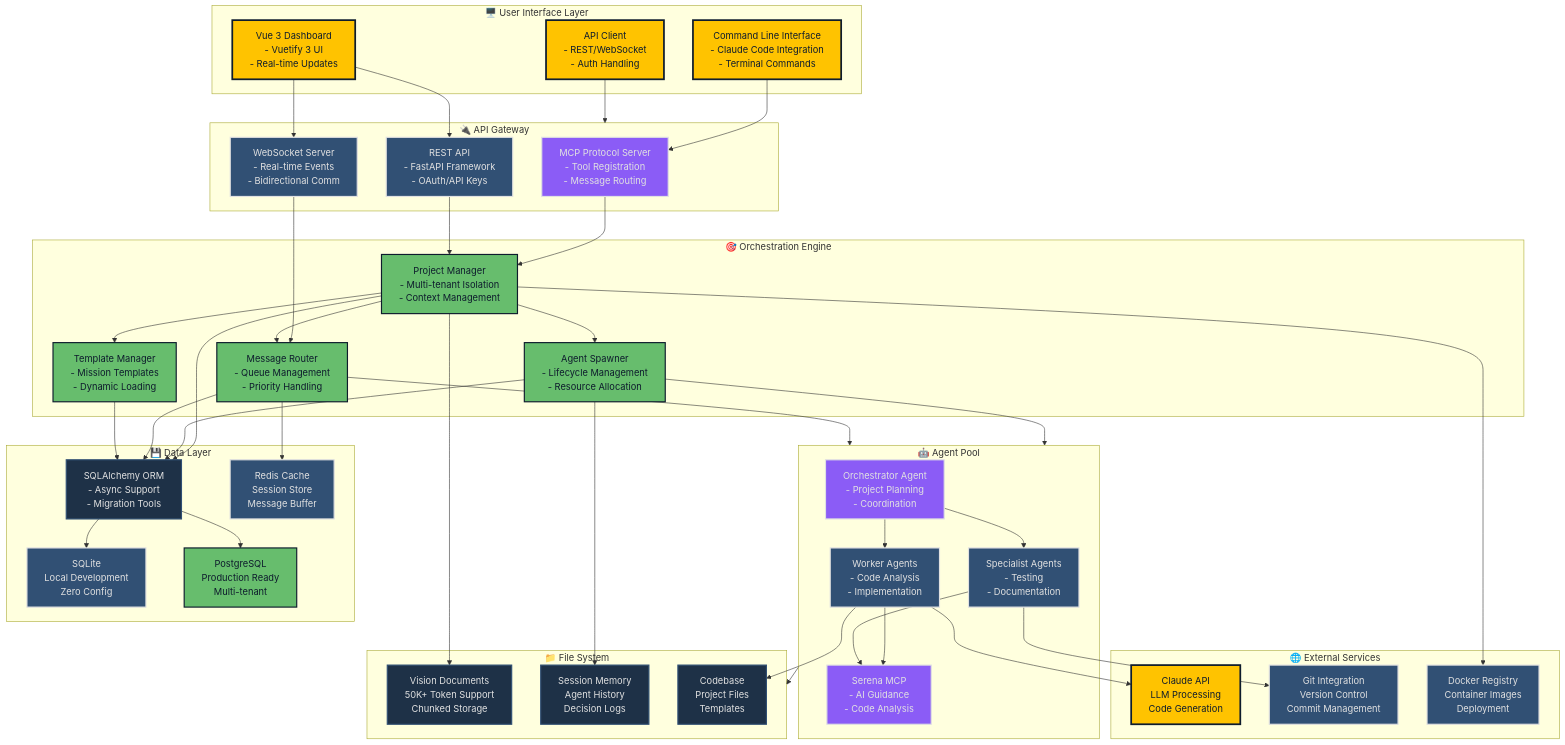
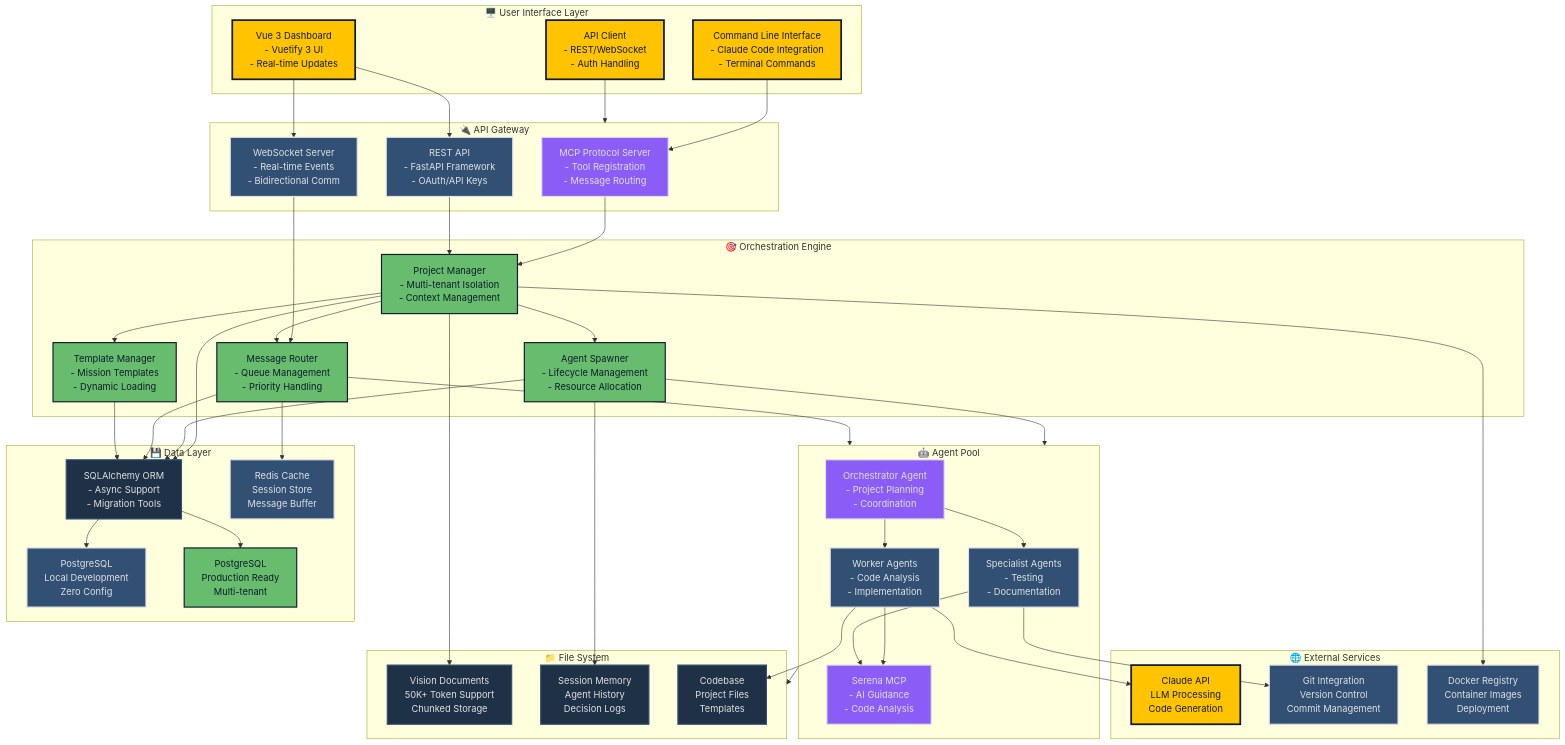
Before and after one commit to giljoai/GiljoAI_MCP: the first of 3 diagrams in docs/diagrams/system-architecture.md, drawn with Mermaid. The commit also changed other lines of this file and 154 other files, not shown here.

First line of the commit message:
Fix syntax errors in PostgreSQL migration test files

```diff
--- a/docs/diagrams/system-architecture.md
+++ b/docs/diagrams/system-architecture.md
@@ -49,7 +49,7 @@
     %% Data Layer
     subgraph DATA["💾 Data Layer"]
         ORM["SQLAlchemy ORM<br/>- Async Support<br/>- Migration Tools"]:::surface
-        SQLITE["SQLite<br/>Local Development<br/>Zero Config"]:::secondary
+        SQLITE["PostgreSQL<br/>Local Development<br/>Zero Config"]:::secondary
         POSTGRES["PostgreSQL<br/>Production Ready<br/>Multi-tenant"]:::success
         REDIS["Redis Cache<br/>Session Store<br/>Message Buffer"]:::secondary
     end
```
